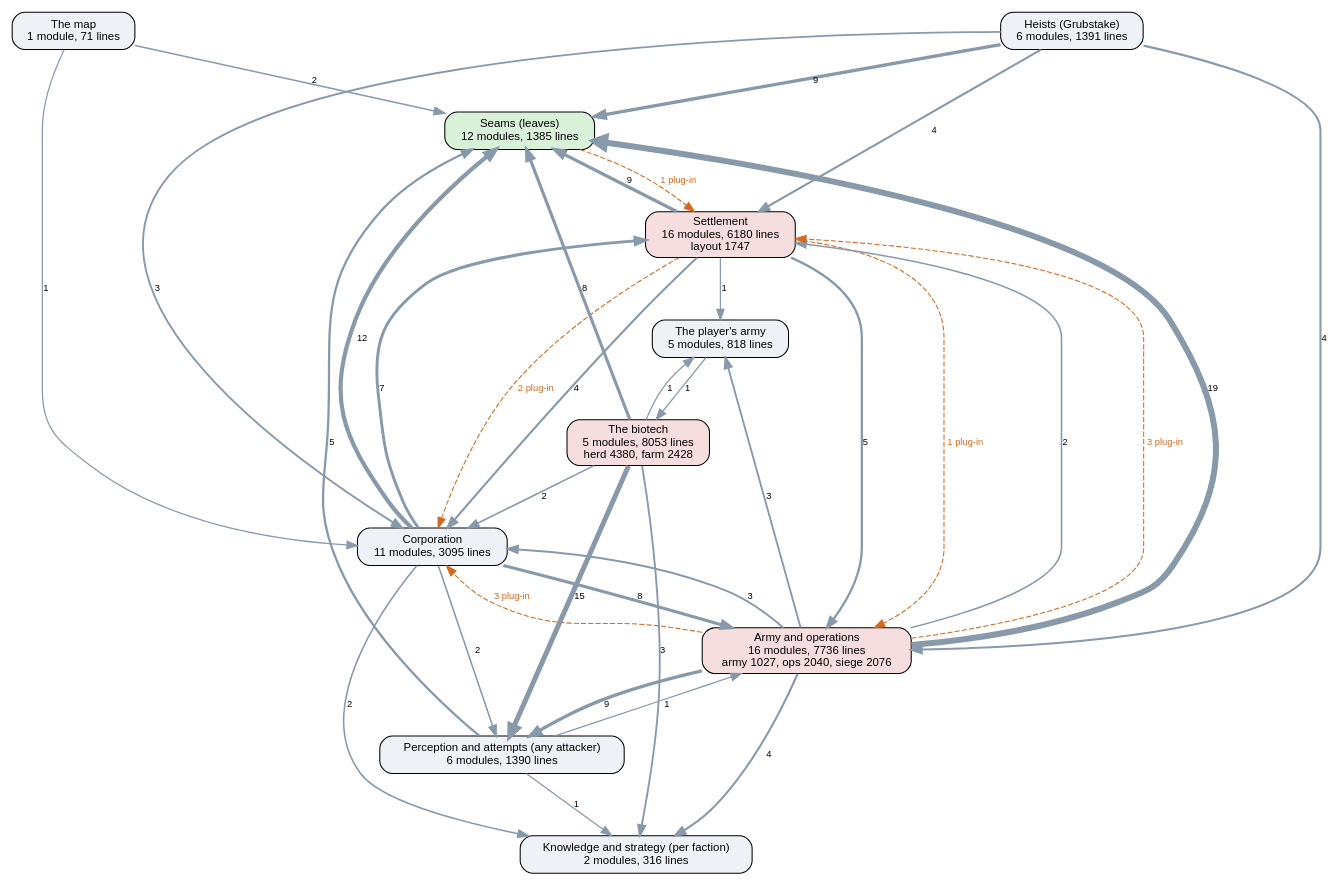
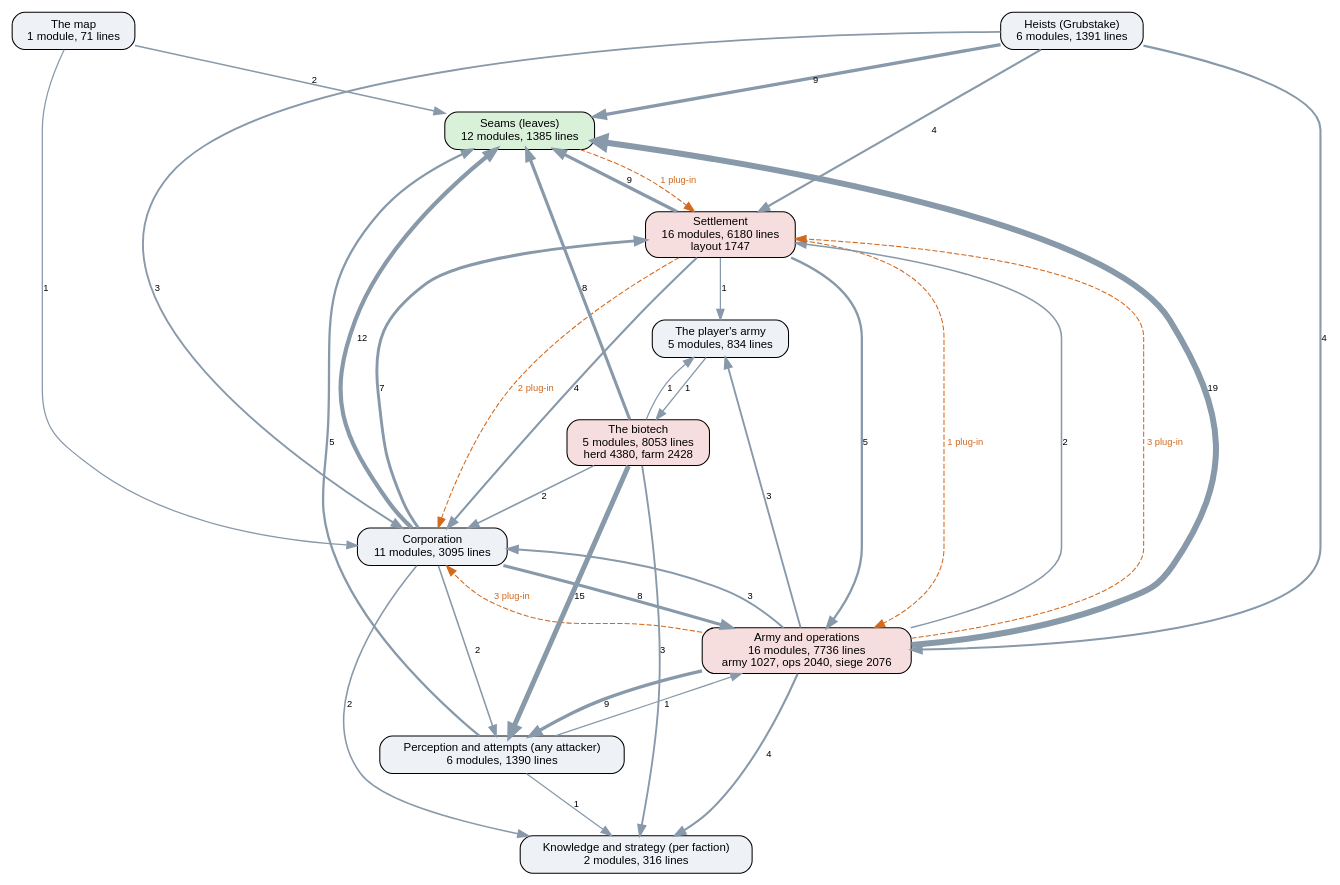
One commit to kinelhu/landing-party changed the diagram in docs/ai-layers.dot. Above: the diagram before and after it, drawn with Graphviz. The commit also changed 10 other files, not shown here.

```diff
--- a/docs/ai-layers.dot
+++ b/docs/ai-layers.dot
@@ -1,50 +1,50 @@
 digraph layers {
   graph [rankdir=TB, fontname="Helvetica", nodesep=0.5, ranksep=0.7];
   node [shape=box, style="rounded,filled", fontname="Helvetica", fontsize=11, fillcolor="#eef2f7"];
   edge [color="#8899aa", fontname="Helvetica", fontsize=9];
   "Seams (leaves)" [label="Seams (leaves)\n12 modules, 1385 lines", fillcolor="#d9f0d9"];
   "Perception and attempts (any attacker)" [label="Perception and attempts (any attacker)\n6 modules, 1390 lines", fillcolor="#eef2f7"];
   "Knowledge and strategy (per faction)" [label="Knowledge and strategy (per faction)\n2 modules, 316 lines", fillcolor="#eef2f7"];
   "Corporation" [label="Corporation\n11 modules, 3095 lines", fillcolor="#eef2f7"];
   "Settlement" [label="Settlement\n16 modules, 6180 lines\nlayout 1747", fillcolor="#f7dede"];
   "Army and operations" [label="Army and operations\n16 modules, 7736 lines\narmy 1027, ops 2040, siege 2076", fillcolor="#f7dede"];
   "Heists (Grubstake)" [label="Heists (Grubstake)\n6 modules, 1391 lines", fillcolor="#eef2f7"];
   "The biotech" [label="The biotech\n5 modules, 8053 lines\nherd 4380, farm 2428", fillcolor="#f7dede"];
   "The map" [label="The map\n1 module, 71 lines", fillcolor="#eef2f7"];
-  "The player's army" [label="The player's army\n5 modules, 818 lines", fillcolor="#eef2f7"];
+  "The player's army" [label="The player's army\n5 modules, 834 lines", fillcolor="#eef2f7"];
   "Army and operations" -> "Corporation" [label="3", penwidth=1.8];
   "Army and operations" -> "Knowledge and strategy (per faction)" [label="4", penwidth=2.0];
   "Army and operations" -> "Perception and attempts (any attacker)" [label="9", penwidth=3.2];
   "Army and operations" -> "Seams (leaves)" [label="19", penwidth=5.8];
   "Army and operations" -> "Settlement" [label="2", penwidth=1.5];
   "Army and operations" -> "The player's army" [label="3", penwidth=1.8];
   "Corporation" -> "Army and operations" [label="8", penwidth=3.0];
   "Corporation" -> "Knowledge and strategy (per faction)" [label="2", penwidth=1.5];
   "Corporation" -> "Perception and attempts (any attacker)" [label="2", penwidth=1.5];
   "Corporation" -> "Seams (leaves)" [label="12", penwidth=4.0];
   "Corporation" -> "Settlement" [label="7", penwidth=2.8];
   "Heists (Grubstake)" -> "Army and operations" [label="4", penwidth=2.0];
   "Heists (Grubstake)" -> "Corporation" [label="3", penwidth=1.8];
   "Heists (Grubstake)" -> "Seams (leaves)" [label="9", penwidth=3.2];
   "Heists (Grubstake)" -> "Settlement" [label="4", penwidth=2.0];
   "Perception and attempts (any attacker)" -> "Army and operations" [label="1", penwidth=1.2];
   "Perception and attempts (any attacker)" -> "Knowledge and strategy (per faction)" [label="1", penwidth=1.2];
   "Perception and attempts (any attacker)" -> "Seams (leaves)" [label="5", penwidth=2.2];
   "Settlement" -> "Army and operations" [label="5", penwidth=2.2];
   "Settlement" -> "Corporation" [label="4", penwidth=2.0];
   "Settlement" -> "Seams (leaves)" [label="9", penwidth=3.2];
   "Settlement" -> "The player's army" [label="1", penwidth=1.2];
   "The biotech" -> "Corporation" [label="2", penwidth=1.5];
   "The biotech" -> "Knowledge and strategy (per faction)" [label="3", penwidth=1.8];
   "The biotech" -> "Perception and attempts (any attacker)" [label="15", penwidth=4.8];
   "The biotech" -> "Seams (leaves)" [label="8", penwidth=3.0];
   "The biotech" -> "The player's army" [label="1", penwidth=1.2];
   "The map" -> "Corporation" [label="1", penwidth=1.2];
   "The map" -> "Seams (leaves)" [label="2", penwidth=1.5];
   "The player's army" -> "The biotech" [label="1", penwidth=1.2];
   "Army and operations" -> "Corporation" [style=dashed, color="#d2691e", fontcolor="#d2691e", label="3 plug-in"];
   "Army and operations" -> "Settlement" [style=dashed, color="#d2691e", fontcolor="#d2691e", label="3 plug-in"];
   "Seams (leaves)" -> "Settlement" [style=dashed, color="#d2691e", fontcolor="#d2691e", label="1 plug-in"];
   "Settlement" -> "Army and operations" [style=dashed, color="#d2691e", fontcolor="#d2691e", label="1 plug-in"];
   "Settlement" -> "Corporation" [style=dashed, color="#d2691e", fontcolor="#d2691e", label="2 plug-in"];
 }
```
